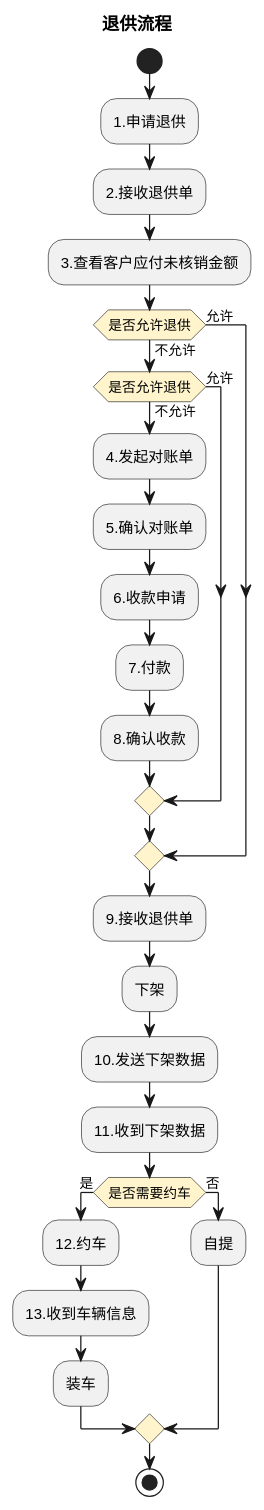
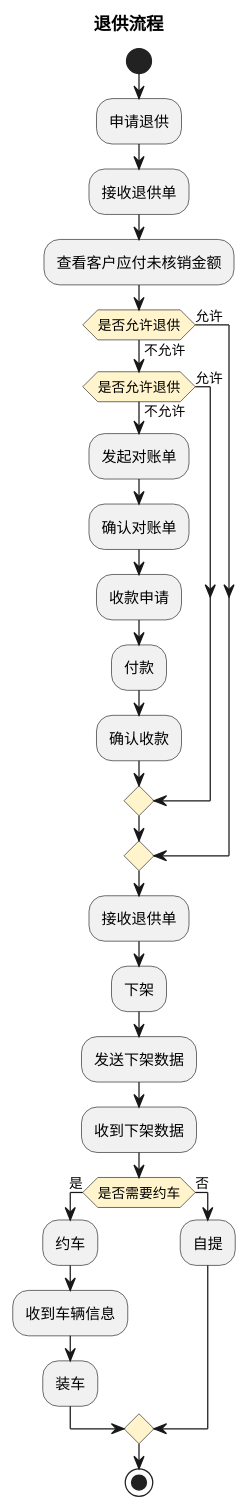
The sixth of 6 diagrams in product-caliber/goldjet/segmented-prd/mainflow/PRD.高捷物流系统一期.主流程.05.跨境电商BC、个人物品CC进口详细流程.md (jack888332/projects-doc), drawn with PlantUML before and after one commit. The commit also changed other lines of this file and 24 other files, not shown here.

````diff
--- a/product-caliber/goldjet/segmented-prd/mainflow/PRD.高捷物流系统一期.主流程.05.跨境电商BC、个人物品CC进口详细流程.md
+++ b/product-caliber/goldjet/segmented-prd/mainflow/PRD.高捷物流系统一期.主流程.05.跨境电商BC、个人物品CC进口详细流程.md
@@ -244,33 +244,33 @@
 ```plantuml
 @startuml
 skinparam activityDiamondBackgroundColor #FFF4CC
 title 退供流程
 start
-:1.申请退供;
-:2.接收退供单;
-:3.查看客户应付未核销金额;
+:申请退供;
+:接收退供单;
+:查看客户应付未核销金额;
 if (是否允许退供) then (允许)
 else (不允许)
   if (是否允许退供) then (允许)
   else (不允许)
-    :4.发起对账单;
-    :5.确认对账单;
-    :6.收款申请;
-    :7.付款;
-    :8.确认收款;
+    :发起对账单;
+    :确认对账单;
+    :收款申请;
+    :付款;
+    :确认收款;
   endif
 endif
-:9.接收退供单;
+:接收退供单;
 :下架;
-:10.发送下架数据;
-:11.收到下架数据;
+:发送下架数据;
+:收到下架数据;
 if (是否需要约车) then (是)
-  :12.约车;
-  :13.收到车辆信息;
+  :约车;
+  :收到车辆信息;
   :装车;
 else (否)
   :自提;
 endif
 stop
 @enduml
 ```
````
